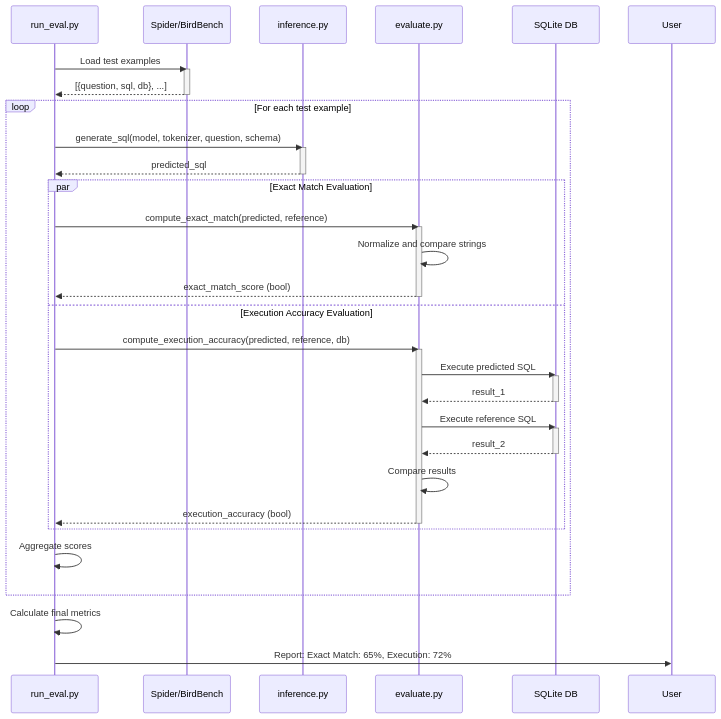
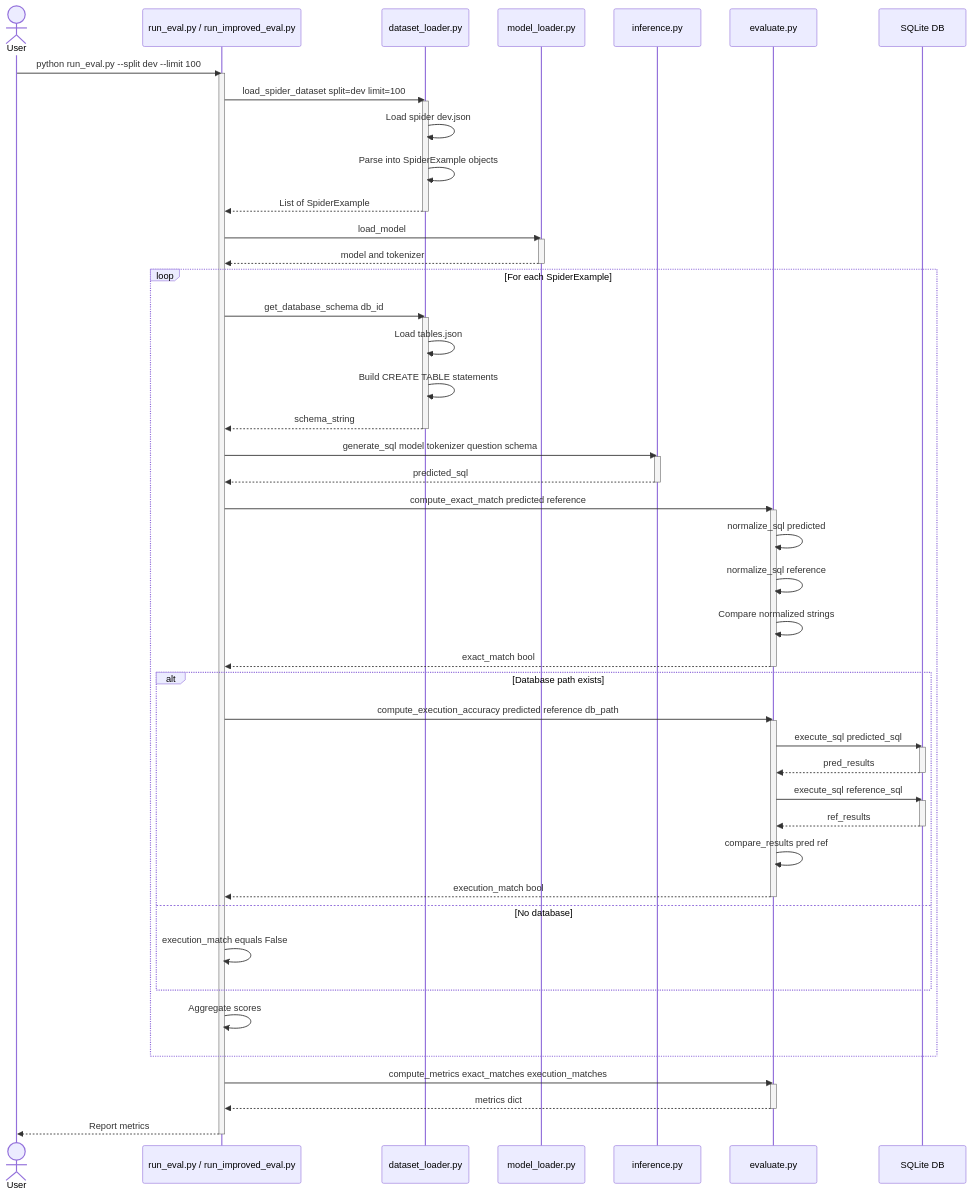
One commit to nayanjha16/CodeGen-Implementations changed the fifth of 11 diagrams in docs/sequence_diagrams.md. Above: the diagram before and after it, drawn with Mermaid. The commit also changed other lines of this file and 24 other files, not shown here.

Commit message:
Add evaluation Implement model separation , fine-tuning pipeline, improved evaluation scripts, and updated documentation

````diff
--- a/docs/sequence_diagrams.md
+++ b/docs/sequence_diagrams.md
@@ -225,49 +228,78 @@
 ```mermaid
 sequenceDiagram
-    participant Script as run_eval.py
-    participant Dataset as Spider/BirdBench
+    actor User
+    participant Script as run_eval.py / run_improved_eval.py
+    participant DataLoader as dataset_loader.py
+    participant Loader as model_loader.py
     participant Inference as inference.py
     participant Evaluator as evaluate.py
     participant Database as SQLite DB
     
-    Script->>Dataset: Load test examples
-    activate Dataset
-    Dataset-->>Script: [{question, sql, db}, ...]
-    deactivate Dataset
+    User->>Script: python run_eval.py --split dev --limit 100
+    activate Script
     
-    loop For each test example
-        Script->>Inference: generate_sql(model, tokenizer, question, schema)
+    Script->>DataLoader: load_spider_dataset split=dev limit=100
+    activate DataLoader
+    DataLoader->>DataLoader: Load spider dev.json
+    DataLoader->>DataLoader: Parse into SpiderExample objects
+    DataLoader-->>Script: List of SpiderExample
+    deactivate DataLoader
+    
+    Script->>Loader: load_model
+    activate Loader
+    Loader-->>Script: model and tokenizer
+    deactivate Loader
+    
+    loop For each SpiderExample
+        Script->>DataLoader: get_database_schema db_id
+        activate DataLoader
+        DataLoader->>DataLoader: Load tables.json
+        DataLoader->>DataLoader: Build CREATE TABLE statements
+        DataLoader-->>Script: schema_string
+        deactivate DataLoader
+        
+        Script->>Inference: generate_sql model tokenizer question schema
         activate Inference
         Inference-->>Script: predicted_sql
         deactivate Inference
         
-        par Exact Match Evaluation
-            Script->>Evaluator: compute_exact_match(predicted, reference)
+        Script->>Evaluator: compute_exact_match predicted reference
+        activate Evaluator
+        Evaluator->>Evaluator: normalize_sql predicted
+        Evaluator->>Evaluator: normalize_sql reference
+        Evaluator->>Evaluator: Compare normalized strings
+        Evaluator-->>Script: exact_match bool
+        deactivate Evaluator
+        
+        alt Database path exists
+            Script->>Evaluator: compute_execution_accuracy predicted reference db_path
             activate Evaluator
-            Evaluator->>Evaluator: Normalize and compare strings
-            Evaluator-->>Script: exact_match_score (bool)
-            deactivate Evaluator
-        and Execution Accuracy Evaluation
-            Script->>Evaluator: compute_execution_accuracy(predicted, reference, db)
-            activate Evaluator
-            Evaluator->>Database: Execute predicted SQL
+            
+            Evaluator->>Database: execute_sql predicted_sql
             activate Database
-            Database-->>Evaluator: result_1
+            Database-->>Evaluator: pred_results
             deactivate Database
             
-            Evaluator->>Database: Execute reference SQL
+            Evaluator->>Database: execute_sql reference_sql
             activate Database
-            Database-->>Evaluator: result_2
+            Database-->>Evaluator: ref_results
             deactivate Database
             
-            Evaluator->>Evaluator: Compare results
-            Evaluator-->>Script: execution_accuracy (bool)
+            Evaluator->>Evaluator: compare_results pred ref
+            Evaluator-->>Script: execution_match bool
             deactivate Evaluator
+        else No database
+            Script->>Script: execution_match equals False
         end
         
         Script->>Script: Aggregate scores
     end
     
-    Script->>Script: Calculate final metrics
-    Script->>User: Report: Exact Match: 65%, Execution: 72%
+    Script->>Evaluator: compute_metrics exact_matches execution_matches
+    activate Evaluator
+    Evaluator-->>Script: metrics dict
+    deactivate Evaluator
+    
+    Script-->>User: Report metrics
+    deactivate Script
 ```
````
